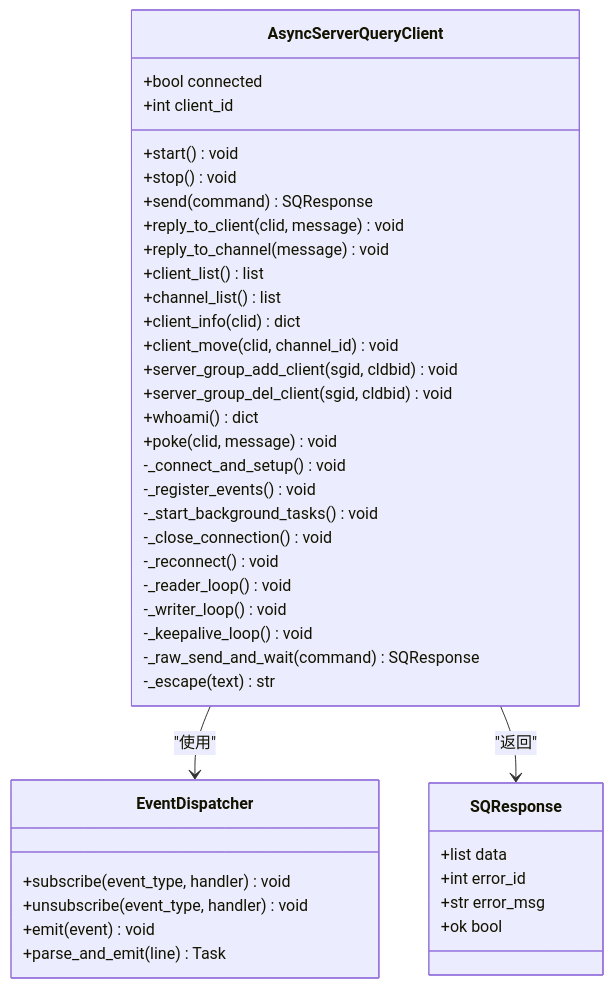
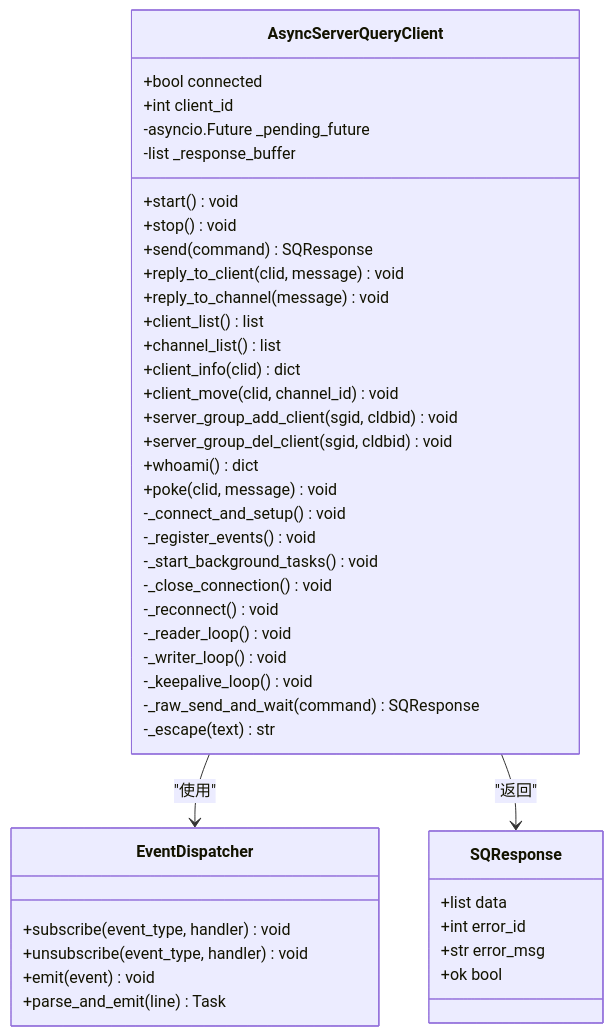
One commit to GhoulOwl/Teamspeak3_Bot changed the third of 6 diagrams in .qoder/repowiki/zh/content/ServerQuery集成/ServerQuery客户端.md. Above: the diagram before and after it, drawn with Mermaid. The commit also changed other lines of this file and 6 other files, not shown here.

````diff
--- a/.qoder/repowiki/zh/content/ServerQuery集成/ServerQuery客户端.md
+++ b/.qoder/repowiki/zh/content/ServerQuery集成/ServerQuery客户端.md
@@ -165,44 +183,46 @@
 ```mermaid
 classDiagram
 class AsyncServerQueryClient {
 +bool connected
 +int client_id
 +start() void
 +stop() void
 +send(command) SQResponse
 +reply_to_client(clid, message) void
 +reply_to_channel(message) void
 +client_list() list
 +channel_list() list
 +client_info(clid) dict
 +client_move(clid, channel_id) void
 +server_group_add_client(sgid, cldbid) void
 +server_group_del_client(sgid, cldbid) void
 +whoami() dict
 +poke(clid, message) void
 -_connect_and_setup() void
 -_register_events() void
 -_start_background_tasks() void
 -_close_connection() void
 -_reconnect() void
 -_reader_loop() void
 -_writer_loop() void
 -_keepalive_loop() void
 -_raw_send_and_wait(command) SQResponse
 -_escape(text) str
+-asyncio.Future _pending_future
+-list _response_buffer
 }
 class EventDispatcher {
 +subscribe(event_type, handler) void
 +unsubscribe(event_type, handler) void
 +emit(event) void
 +parse_and_emit(line) Task
 }
 class SQResponse {
 +list data
 +int error_id
 +str error_msg
 +ok bool
 }
 AsyncServerQueryClient --> EventDispatcher : "使用"
 AsyncServerQueryClient --> SQResponse : "返回"
 ```
````
